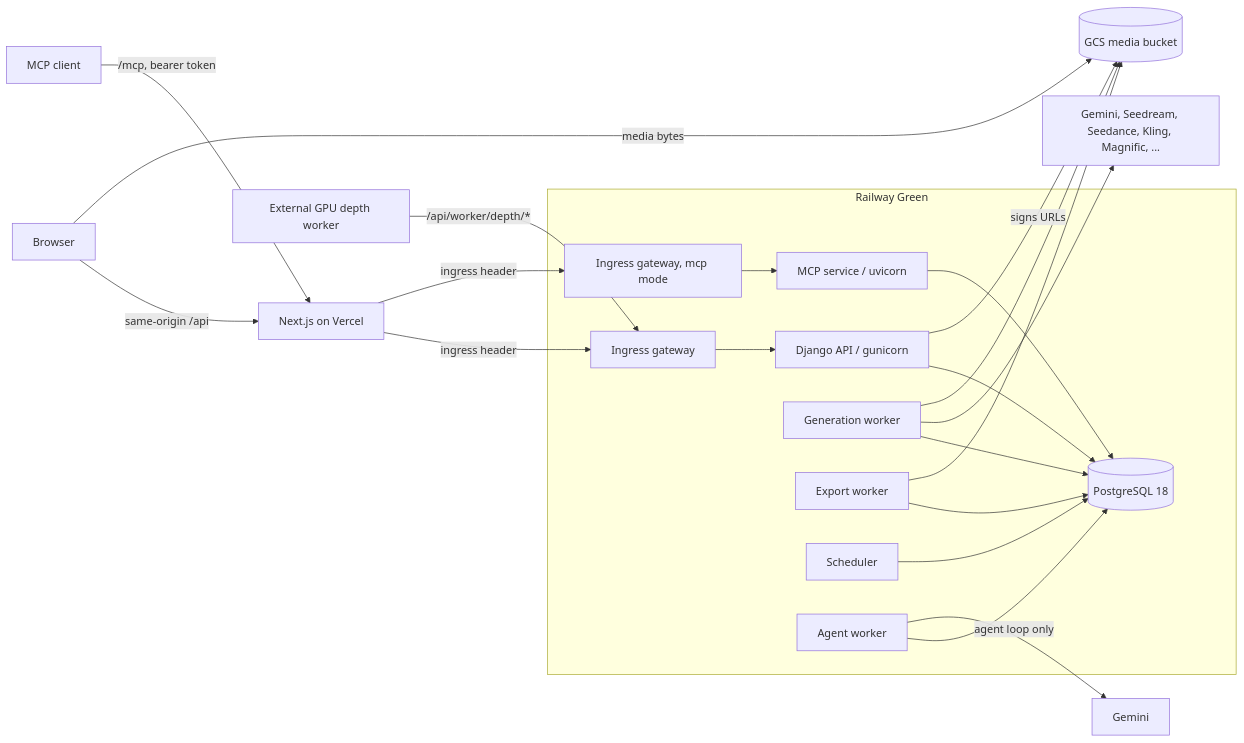
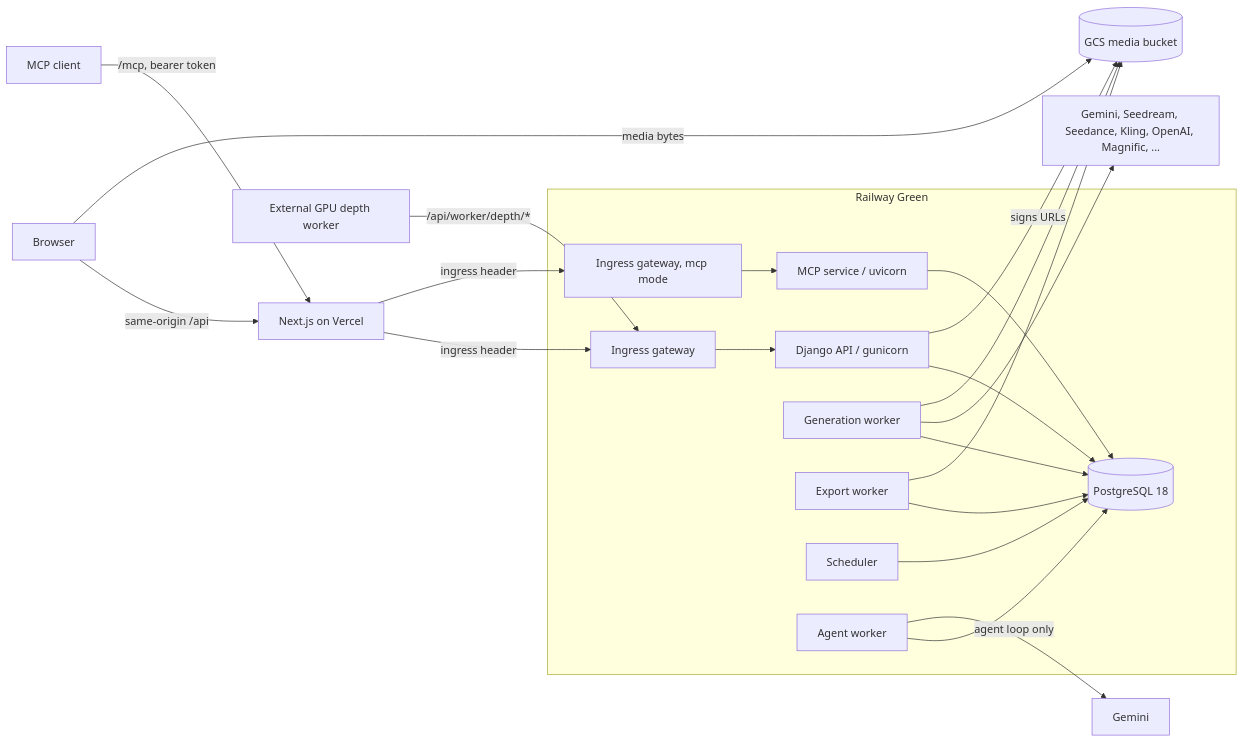
Before and after one commit to amazingindianstories-stack/AIStudio: the diagram in docs/architecture/overview.md, drawn with Mermaid. The commit also changed other lines of this file and 40 other files, not shown here.

````diff
--- a/docs/architecture/overview.md
+++ b/docs/architecture/overview.md
@@ -7,24 +7,24 @@
 ```mermaid
 flowchart LR
   Browser -->|same-origin /api| Next[Next.js on Vercel]
   Agent[MCP client] -->|/mcp, bearer token| Next
   Next -->|ingress header| Gateway[Ingress gateway]
   Next -->|ingress header| McpGateway[Ingress gateway, mcp mode]
   subgraph Railway Green
     Gateway --> API[Django API / gunicorn]
     McpGateway --> MCP[MCP service / uvicorn]
     MCP --> PG
     Gen[Generation worker] --> PG[(PostgreSQL 18)]
     Export[Export worker] --> PG
     Sched[Scheduler] --> PG
     AgentW[Agent worker] --> PG
     API --> PG
   end
-  Gen --> Providers[Gemini, Seedream, Seedance, Kling, Magnific, ...]
+  Gen --> Providers[Gemini, Seedream, Seedance, Kling, OpenAI, Magnific, ...]
   AgentW -->|agent loop only| Gemini[Gemini]
   API -->|signs URLs| GCS[(GCS media bucket)]
   Browser -->|media bytes| GCS
   Gen --> GCS
   Export --> GCS
   Depth[External GPU depth worker] -->|/api/worker/depth/*| Gateway
 ```
````
